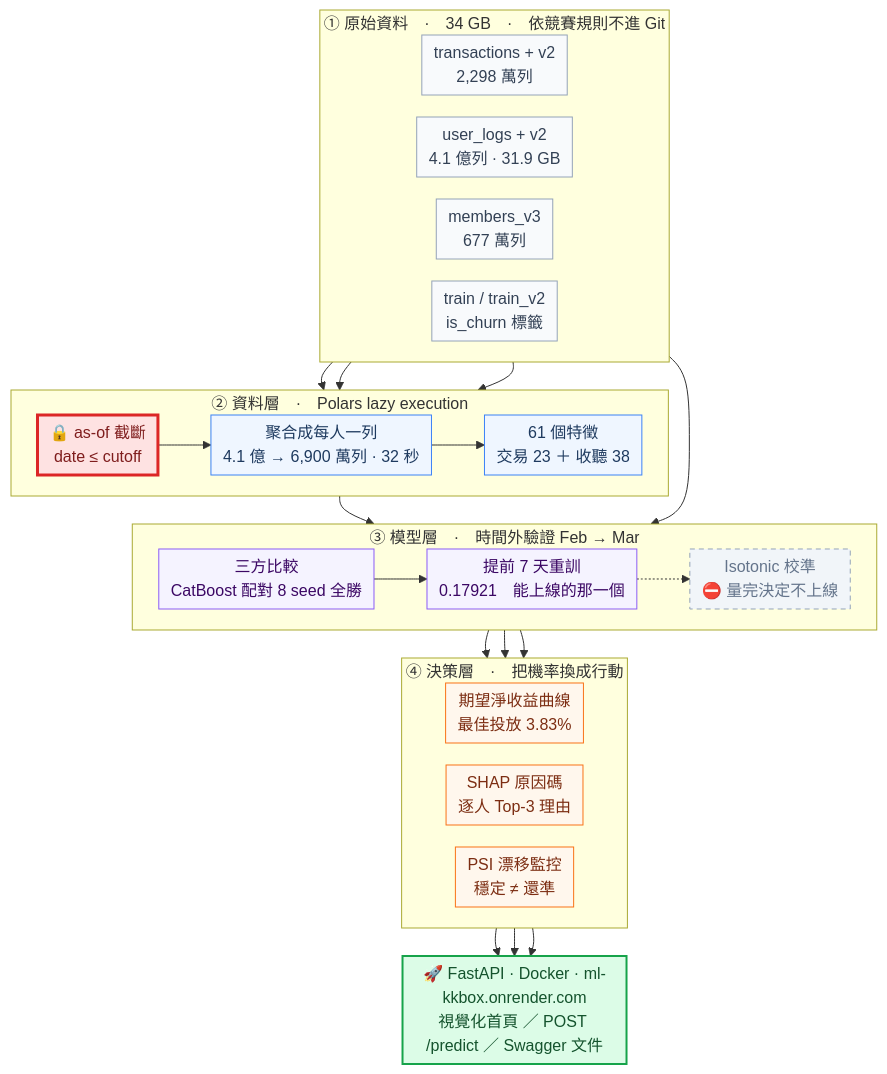
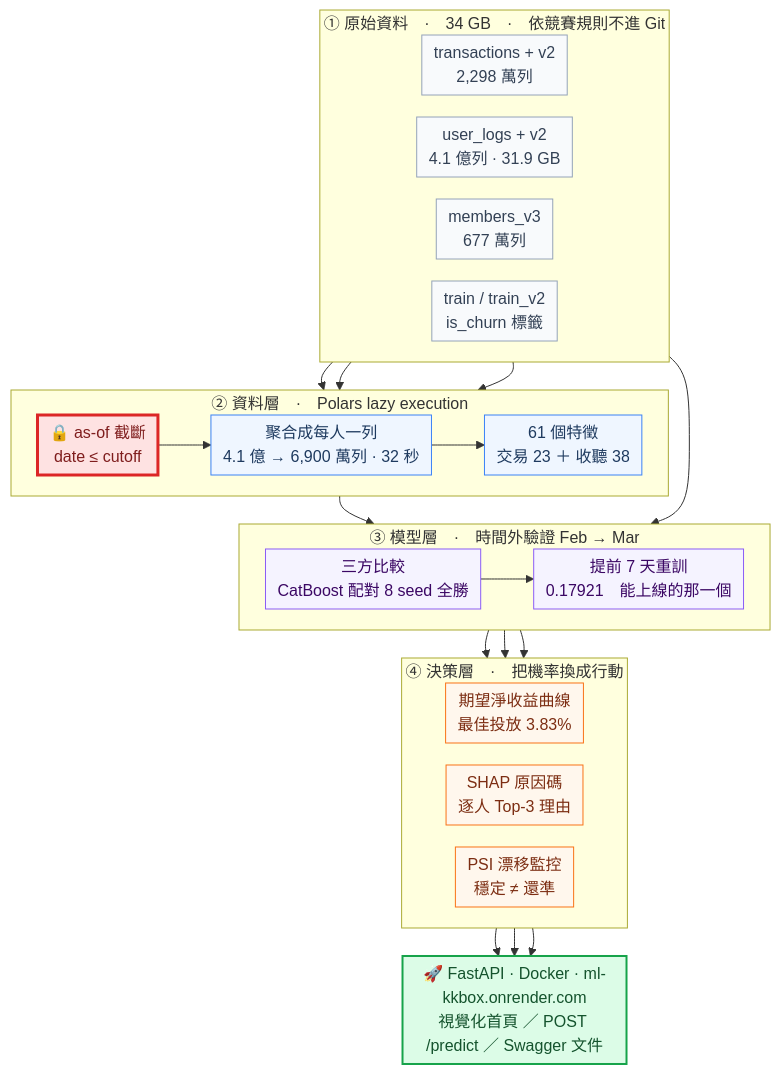
Before and after one commit to lee851104/ML_kkbox: the diagram in README.md, drawn with Mermaid. The commit also changed other lines of this file and 1 other file, not shown here.

````diff
--- a/README.md
+++ b/README.md
@@ -163,63 +55,60 @@
 ```mermaid
 %%{init:{'flowchart':{'rankSpacing':28,'nodeSpacing':22,'padding':6,'subGraphTitleMargin':{'top':2,'bottom':2}}}}%%
 flowchart TD
     subgraph SRC["① 原始資料　·　34 GB　·　依競賽規則不進 Git"]
         direction LR
         T["transactions + v2<br/>2,298 萬列"]
         L["user_logs + v2<br/>4.1 億列 · 31.9 GB"]
         M["members_v3<br/>677 萬列"]
         Y["train / train_v2<br/>is_churn 標籤"]
     end
 
     subgraph ETL["② 資料層　·　Polars lazy execution"]
         direction LR
         CUT["🔒 as-of 截斷<br/>date ≤ cutoff"]
         AGG["聚合成每人一列<br/>4.1 億 → 6,900 萬列 · 32 秒"]
         FEAT["61 個特徵<br/>交易 23 ＋ 收聽 38"]
     end
 
     subgraph MODEL["③ 模型層　·　時間外驗證 Feb → Mar"]
         direction LR
         CMP["三方比較<br/>CatBoost 配對 8 seed 全勝"]
         T7["提前 7 天重訓<br/>0.17921　能上線的那一個"]
-        CAL["Isotonic 校準<br/>⛔ 量完決定不上線"]
     end
 
     subgraph OUT["④ 決策層　·　把機率換成行動"]
         direction LR
         ROI["期望淨收益曲線<br/>最佳投放 3.83%"]
         SHAP["SHAP 原因碼<br/>逐人 Top-3 理由"]
         DRIFT["PSI 漂移監控<br/>穩定 ≠ 還準"]
     end
 
     API["🚀 FastAPI · Docker · ml-kkbox.onrender.com<br/>視覺化首頁 ／ POST /predict ／ Swagger 文件"]
 
     T --> CUT
     L --> CUT
     M --> AGG
     CUT --> AGG --> FEAT
     Y --> CMP
-    FEAT --> CMP --> T7 -.-> CAL
+    FEAT --> CMP --> T7
     T7 --> ROI
     T7 --> SHAP
     T7 --> DRIFT
     ROI --> API
     SHAP --> API
     DRIFT --> API
 
     classDef lvSrc fill:#f8fafc,stroke:#94a3b8,color:#334155
     classDef lvEtl fill:#eff6ff,stroke:#3b82f6,color:#1e3a5f
     classDef lvMdl fill:#f5f3ff,stroke:#8b5cf6,color:#3b0764
     classDef lvDec fill:#fff7ed,stroke:#f97316,color:#7c2d12
     classDef lvGate fill:#fee2e2,stroke:#dc2626,stroke-width:3px,color:#7f1d1d
-    classDef lvDead fill:#f1f5f9,stroke:#94a3b8,stroke-dasharray:5 4,color:#64748b
     classDef lvLive fill:#dcfce7,stroke:#16a34a,stroke-width:2px,color:#14532d
 
     class T,L,M,Y lvSrc
     class AGG,FEAT lvEtl
     class CMP,T7 lvMdl
     class ROI,SHAP,DRIFT lvDec
     class CUT lvGate
-    class CAL lvDead
     class API lvLive
 ```
````
